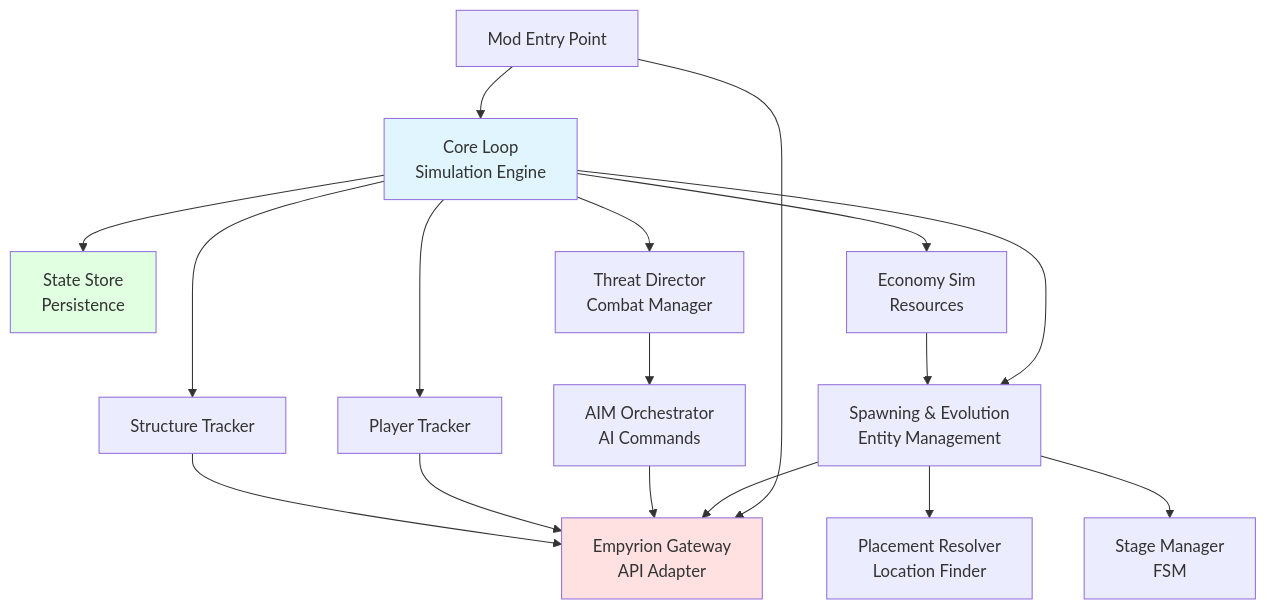
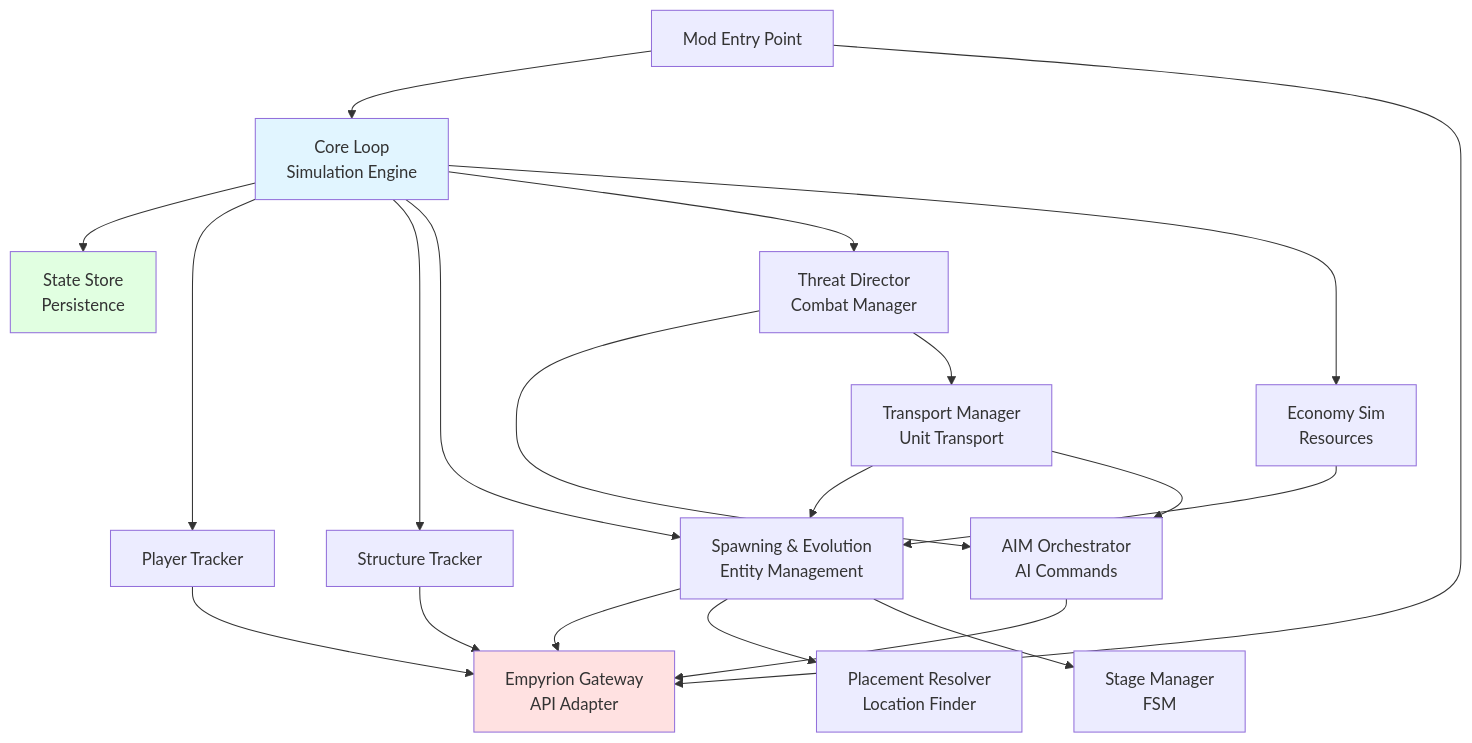
The first of 2 diagrams in docs/architecture/04_Modular_Development_Plan.md (Gexon/GalacticExpansion), drawn with Mermaid before and after one commit. The commit also changed other lines of this file and 7 other files, not shown here.

Commit message:
Sonnet45 Создана система Transport Manager

````diff
--- a/docs/architecture/04_Modular_Development_Plan.md
+++ b/docs/architecture/04_Modular_Development_Plan.md
@@ -38,46 +38,51 @@
 ```mermaid
 graph TB
     ModEntry[Mod Entry Point]
     
     CoreLoop[Core Loop<br/>Simulation Engine]
     Gateway[Empyrion Gateway<br/>API Adapter]
     StateStore[State Store<br/>Persistence]
     
     SpawnEvo[Spawning & Evolution<br/>Entity Management]
     Placement[Placement Resolver<br/>Location Finder]
     StageManager[Stage Manager<br/>FSM]
     
     AIMOrch[AIM Orchestrator<br/>AI Commands]
     ThreatDir[Threat Director<br/>Combat Manager]
+    TransportMgr[Transport Manager<br/>Unit Transport]
     
     PlayerTracker[Player Tracker]
     StructTracker[Structure Tracker]
     
     EcoSim[Economy Sim<br/>Resources]
     
     ModEntry --> CoreLoop
     ModEntry --> Gateway
     
     CoreLoop --> StateStore
     CoreLoop --> PlayerTracker
     CoreLoop --> StructTracker
     CoreLoop --> SpawnEvo
     CoreLoop --> ThreatDir
     CoreLoop --> EcoSim
     
     SpawnEvo --> Gateway
     SpawnEvo --> Placement
     SpawnEvo --> StageManager
     
     ThreatDir --> AIMOrch
+    ThreatDir --> TransportMgr
     AIMOrch --> Gateway
+    
+    TransportMgr --> SpawnEvo
+    TransportMgr --> AIMOrch
     
     PlayerTracker --> Gateway
     StructTracker --> Gateway
     
     EcoSim --> SpawnEvo
     
     style CoreLoop fill:#e1f5ff
     style Gateway fill:#ffe1e1
     style StateStore fill:#e1ffe1
 ```
````
